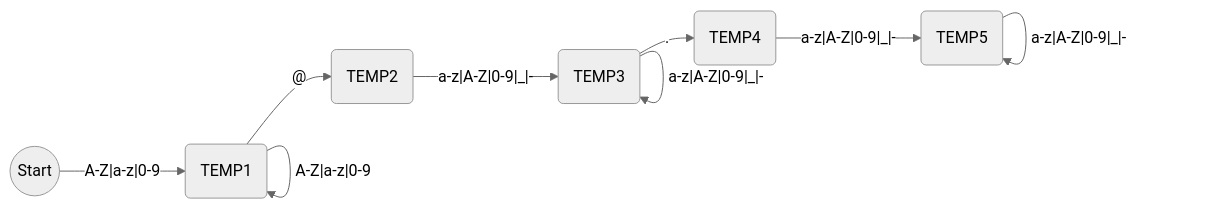
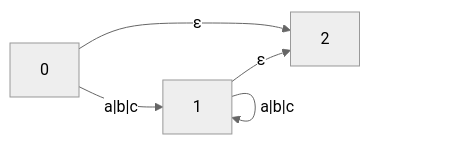
Before and after one commit to caoaolong/coding-soul-docs: the eighth of 8 diagrams in docs/26.正则和无限状态机.md, drawn with Mermaid (neutral theme). The commit also changed other lines of this file, not shown here.

````diff
--- a/docs/26.正则和无限状态机.md
+++ b/docs/26.正则和无限状态机.md
@@ -57,12 +65,6 @@
 ```mermaid
 graph LR;
-S((Start))
-T1(TEMP1)
-T2(TEMP2)
-T3(TEMP3)
-T4(TEMP4)
-T5(TEMP5)
-S -- "A-Z|a-z|0-9" --> T1 -- "A-Z|a-z|0-9" --> T1 -- "@" --> T2
--- "a-z|A-Z|0-9|_|-" --> T3 -- "a-z|A-Z|0-9|_|-" --> T3
--- "." --> T4 -- "a-z|A-Z|0-9|_|-" --> T5 -- "a-z|A-Z|0-9|_|-" --> T5
+0 -- "a|b|c" --> 1 -- "ɛ" --> 2
+0 -- "ɛ" --> 2
+1 -- "a|b|c" --> 1
 ```
````
